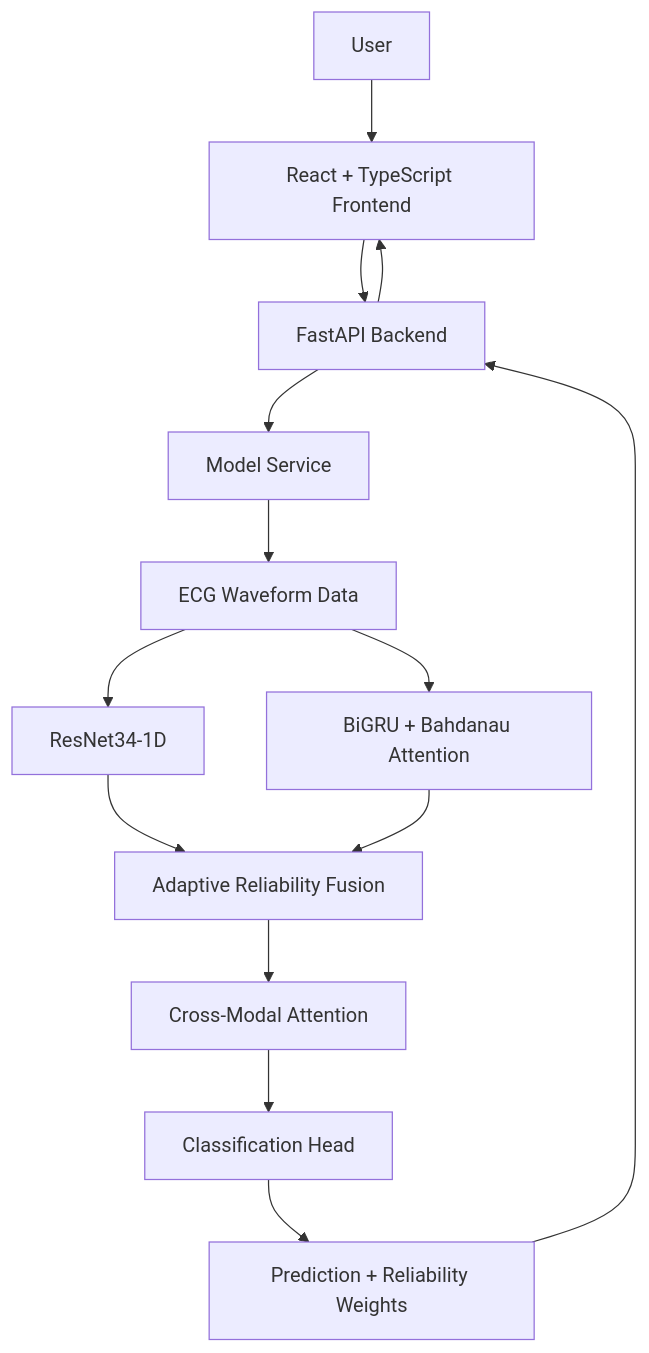
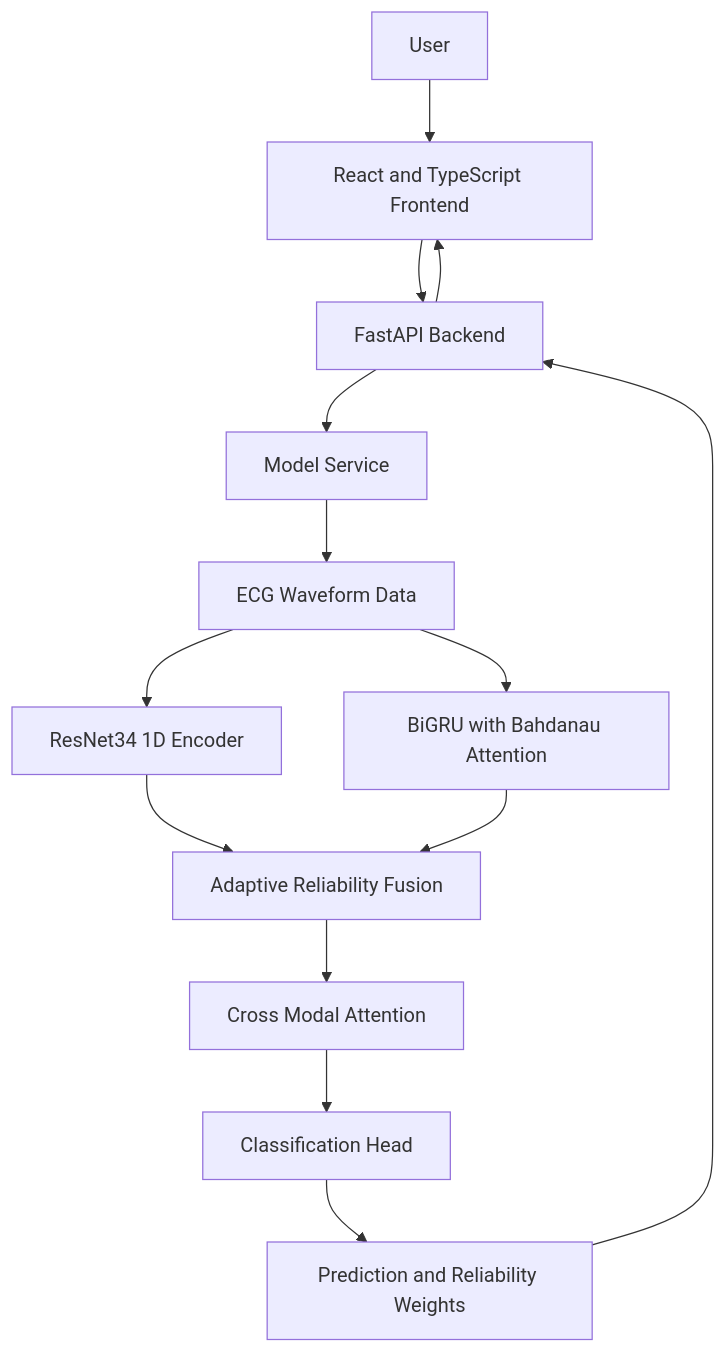
Before and after one commit to Shreya-Sharma03/CardioInsight: the first of 2 diagrams in README.md, drawn with Mermaid. The commit also changed other lines of this file, not shown here.

````diff
--- a/README.md
+++ b/README.md
@@ -188,24 +188,16 @@
 ```mermaid
 flowchart TD
-    A["User"] --> B["React + TypeScript Frontend"]
-
-    B --> C["FastAPI Backend"]
-
-    C --> D["Model Service"]
-
-    D --> E["ECG Waveform Data"]
-
-    E --> F["ResNet34-1D"]
-    E --> G["BiGRU + Bahdanau Attention"]
-
-    F --> H["Adaptive Reliability Fusion"]
-    G --> H
-
-    H --> I["Cross-Modal Attention"]
-    I --> J["Classification Head"]
-
-    J --> K["Prediction + Reliability Weights"]
-
-    K --> C
-    C --> B
+    U[User] --> FE[React and TypeScript Frontend]
+    FE --> API[FastAPI Backend]
+    API --> MS[Model Service]
+    MS --> DATA[ECG Waveform Data]
+    DATA --> RES[ResNet34 1D Encoder]
+    DATA --> GRU[BiGRU with Bahdanau Attention]
+    RES --> FUSION[Adaptive Reliability Fusion]
+    GRU --> FUSION
+    FUSION --> ATT[Cross Modal Attention]
+    ATT --> CLS[Classification Head]
+    CLS --> OUT[Prediction and Reliability Weights]
+    OUT --> API
+    API --> FE
 ```
````
